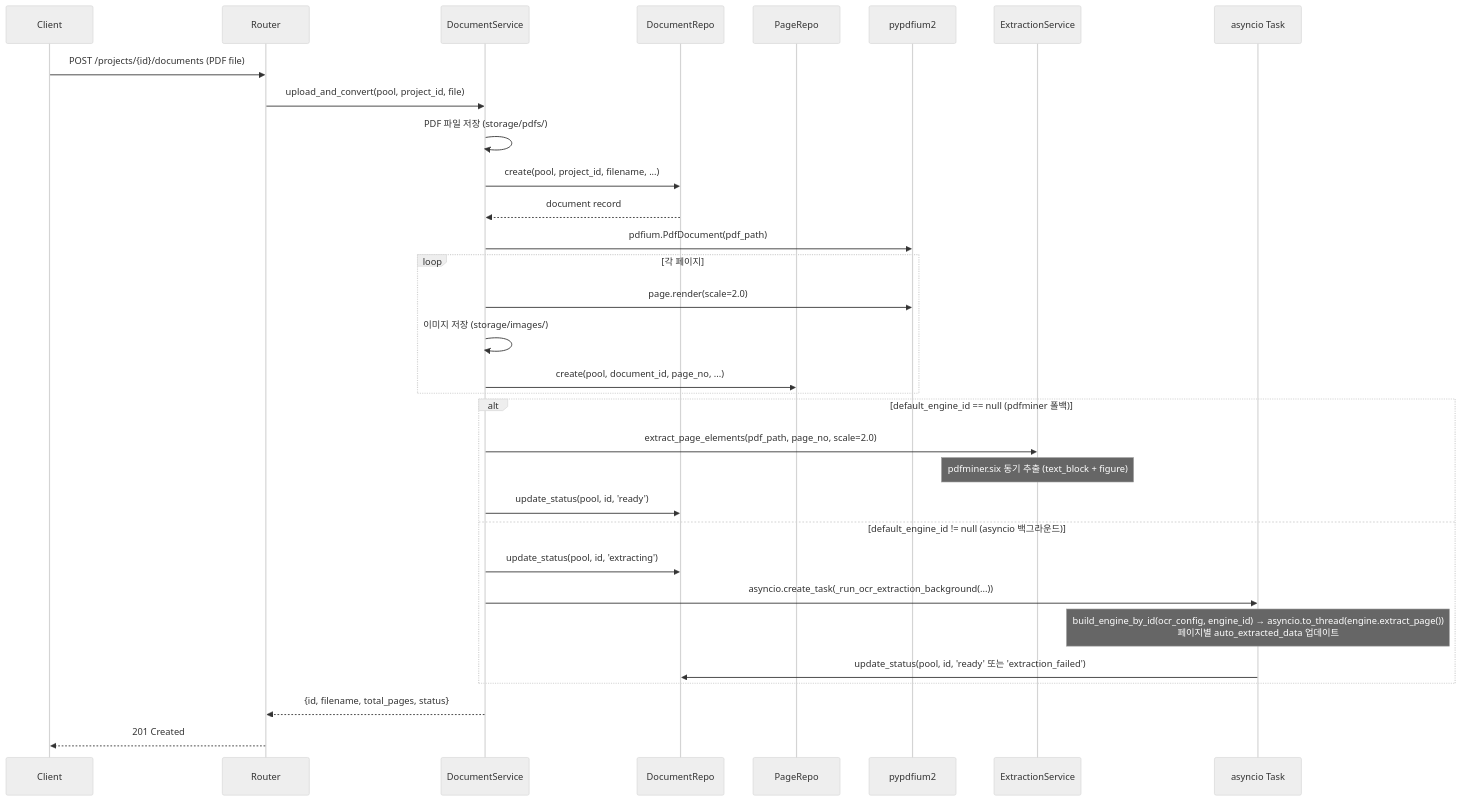
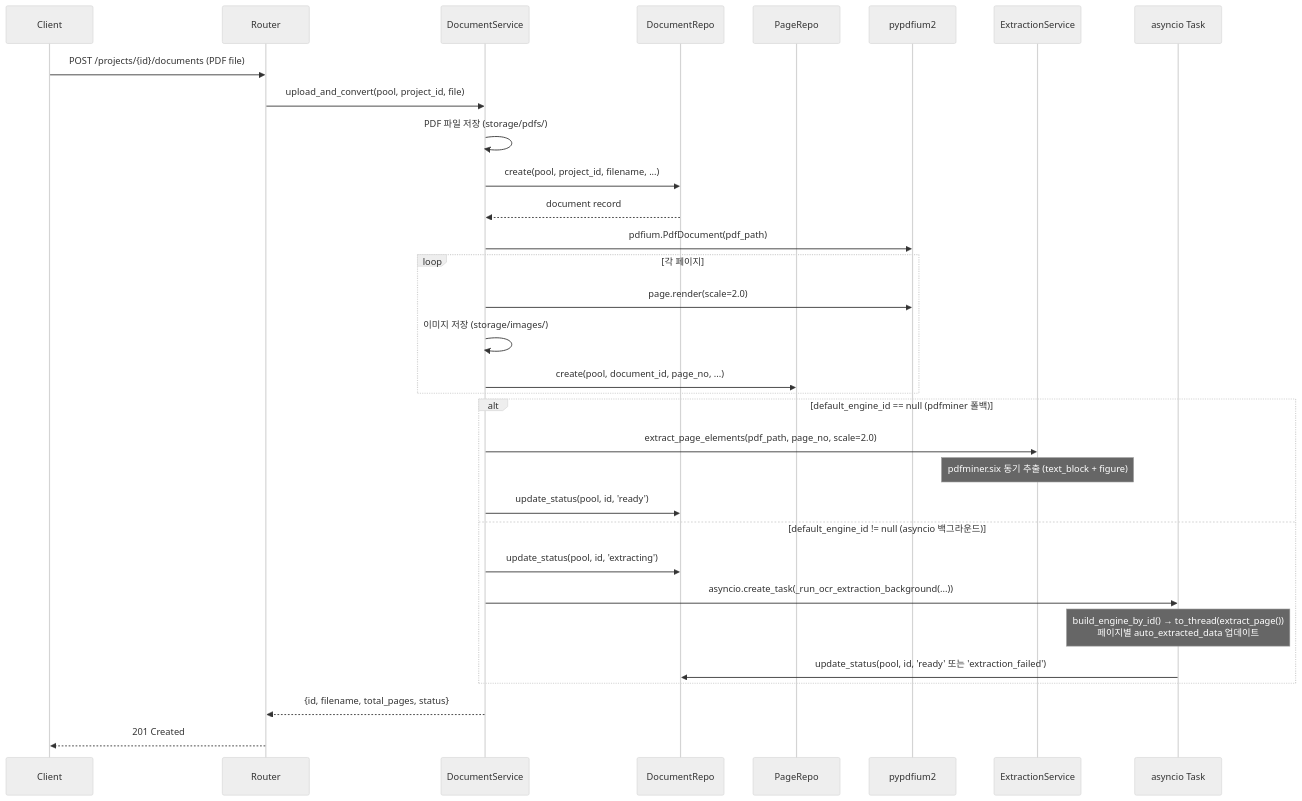
The second of 7 diagrams in docs/backend/architecture/architecture.md (appleparan/saegim), drawn with Mermaid (neutral theme) before and after one commit. The commit also changed other lines of this file and 3 other files, not shown here.

First line of the commit message:
docs: sync diagrams and docs with actual codebase

````diff
--- a/docs/backend/architecture/architecture.md
+++ b/docs/backend/architecture/architecture.md
@@ -104,37 +102,37 @@
 ```mermaid
 sequenceDiagram
     participant C as Client
     participant R as Router
     participant DS as DocumentService
     participant DR as DocumentRepo
     participant PR as PageRepo
     participant PDF as pypdfium2
     participant EX as ExtractionService
     participant BG as asyncio Task
 
     C->>R: POST /projects/{id}/documents (PDF file)
     R->>DS: upload_and_convert(pool, project_id, file)
     DS->>DS: PDF 파일 저장 (storage/pdfs/)
     DS->>DR: create(pool, project_id, filename, ...)
     DR-->>DS: document record
     DS->>PDF: pdfium.PdfDocument(pdf_path)
     loop 각 페이지
         DS->>PDF: page.render(scale=2.0)
         DS->>DS: 이미지 저장 (storage/images/)
         DS->>PR: create(pool, document_id, page_no, ...)
     end
 
     alt default_engine_id == null (pdfminer 폴백)
         DS->>EX: extract_page_elements(pdf_path, page_no, scale=2.0)
         Note over EX: pdfminer.six 동기 추출 (text_block + figure)
         DS->>DR: update_status(pool, id, 'ready')
     else default_engine_id != null (asyncio 백그라운드)
         DS->>DR: update_status(pool, id, 'extracting')
         DS->>BG: asyncio.create_task(_run_ocr_extraction_background(...))
-        Note over BG: build_engine_by_id(ocr_config, engine_id) → asyncio.to_thread(engine.extract_page())<br/>페이지별 auto_extracted_data 업데이트
+        Note over BG: build_engine_by_id() → to_thread(extract_page())<br/>페이지별 auto_extracted_data 업데이트
         BG->>DR: update_status(pool, id, 'ready' 또는 'extraction_failed')
     end
 
     DS-->>R: {id, filename, total_pages, status}
     R-->>C: 201 Created
 ```
````
